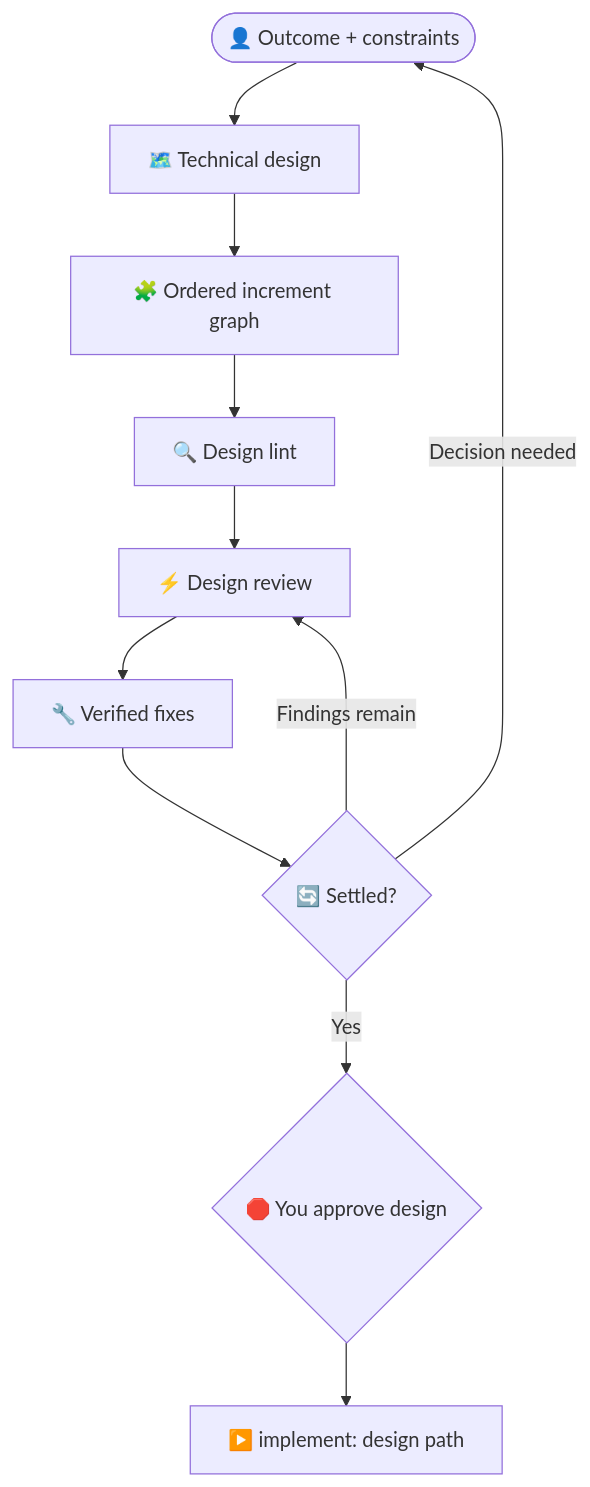
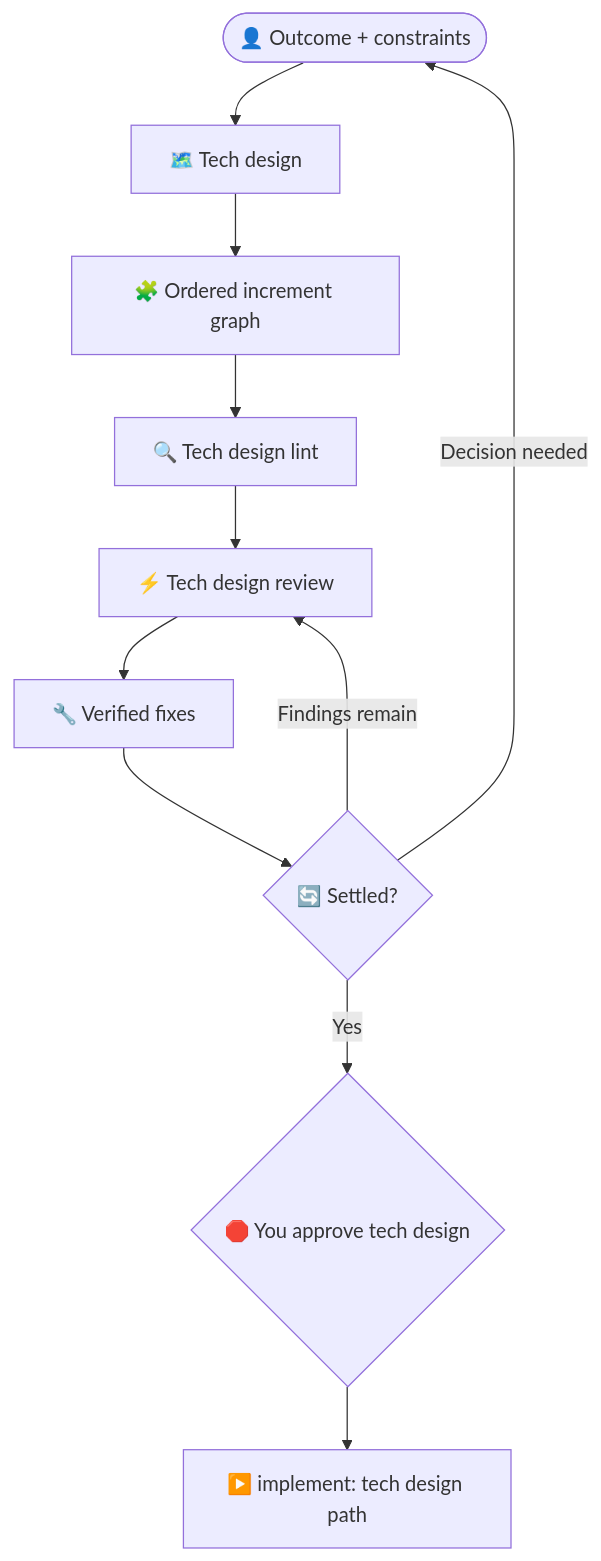
Before and after one commit to Gyunikuchan/dispatch-skills: the diagram in skills/dispatch/references/readme/design.md, drawn with Mermaid. The commit also changed 4 other files, not shown here.

First line of the commit message:
docs: simplify README diagram and label design steps as tech design

````diff
--- a/skills/dispatch/references/readme/design.md
+++ b/skills/dispatch/references/readme/design.md
@@ -11,13 +11,13 @@
 ```mermaid
 flowchart TD
-    User(["👤 Outcome + constraints"]) --> Draft["🗺️ Technical design"]
+    User(["👤 Outcome + constraints"]) --> Draft["🗺️ Tech design"]
     Draft --> Increments["🧩 Ordered increment graph"]
-    Increments --> Lint["🔍 Design lint"]
-    Lint --> Review["⚡ Design review"]
+    Increments --> Lint["🔍 Tech design lint"]
+    Lint --> Review["⚡ Tech design review"]
     Review --> Fix["🔧 Verified fixes"]
     Fix --> Settled{"🔄 Settled?"}
     Settled -->|Findings remain| Review
     Settled -->|Decision needed| User
-    Settled -->|Yes| Gate{"🛑 You approve design"}
-    Gate --> Next["▶️ implement: design path"]
+    Settled -->|Yes| Gate{"🛑 You approve tech design"}
+    Gate --> Next["▶️ implement: tech design path"]
 ```
````
